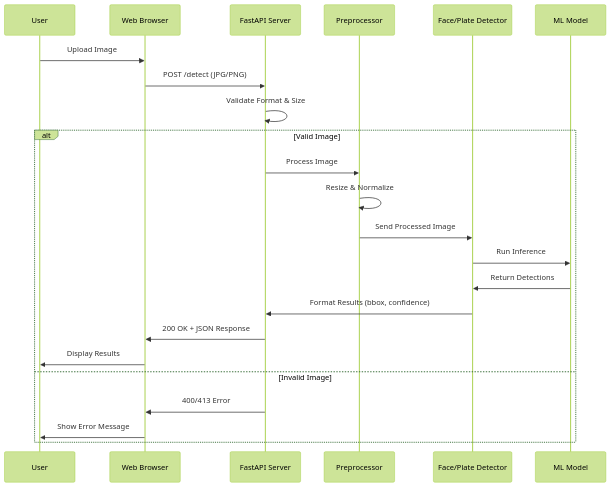
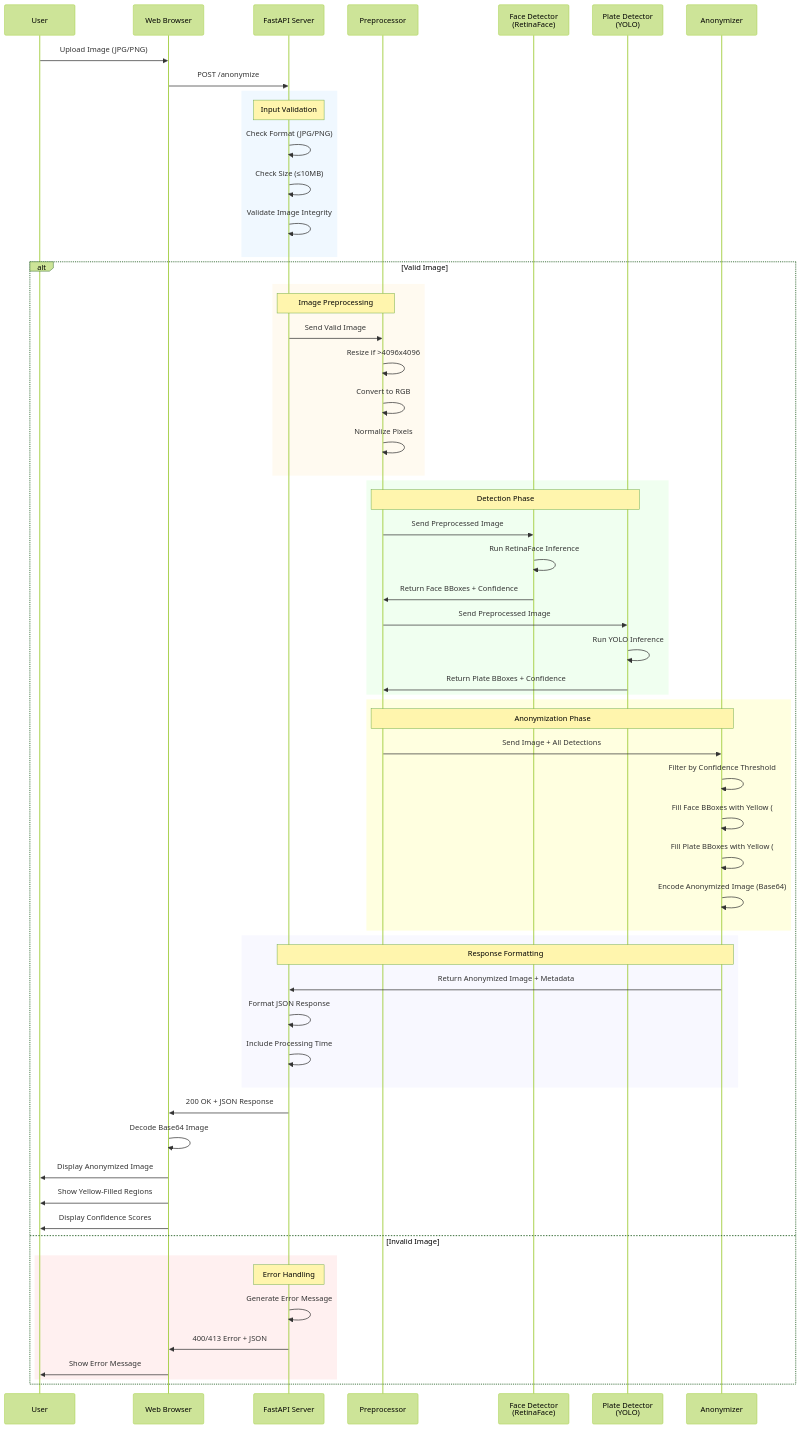
The second of 5 diagrams in docs/PROCESSES.md (FidFenix/htw-emerging-photo), drawn with Mermaid (forest theme) before and after one commit. The commit also changed other lines of this file and 4 other files, not shown here.

````diff
--- a/docs/PROCESSES.md
+++ b/docs/PROCESSES.md
@@ -55,27 +55,71 @@
 ```mermaid
 sequenceDiagram
     participant User
     participant WebBrowser as Web Browser
     participant API as FastAPI Server
     participant Preprocessor
-    participant Detector as Face/Plate Detector
-    participant Model as ML Model
+    participant FaceDetector as Face Detector<br/>(RetinaFace)
+    participant PlateDetector as Plate Detector<br/>(YOLO)
+    participant Anonymizer
     
-    User->>WebBrowser: Upload Image
-    WebBrowser->>API: POST /detect (JPG/PNG)
-    API->>API: Validate Format & Size
+    User->>WebBrowser: Upload Image (JPG/PNG)
+    WebBrowser->>API: POST /anonymize
+    
+    rect rgb(240, 248, 255)
+        Note over API: Input Validation
+        API->>API: Check Format (JPG/PNG)
+        API->>API: Check Size (≤10MB)
+        API->>API: Validate Image Integrity
+    end
     
     alt Valid Image
-        API->>Preprocessor: Process Image
-        Preprocessor->>Preprocessor: Resize & Normalize
-        Preprocessor->>Detector: Send Processed Image
-        Detector->>Model: Run Inference
-        Model->>Detector: Return Detections
-        Detector->>API: Format Results (bbox, confidence)
+        rect rgb(255, 250, 240)
+            Note over API,Preprocessor: Image Preprocessing
+            API->>Preprocessor: Send Valid Image
+            Preprocessor->>Preprocessor: Resize if >4096x4096
+            Preprocessor->>Preprocessor: Convert to RGB
+            Preprocessor->>Preprocessor: Normalize Pixels
+        end
+        
+        rect rgb(240, 255, 240)
+            Note over Preprocessor,PlateDetector: Detection Phase
+            Preprocessor->>FaceDetector: Send Preprocessed Image
+            FaceDetector->>FaceDetector: Run RetinaFace Inference
+            FaceDetector->>Preprocessor: Return Face BBoxes + Confidence
+            
+            Preprocessor->>PlateDetector: Send Preprocessed Image
+            PlateDetector->>PlateDetector: Run YOLO Inference
+            PlateDetector->>Preprocessor: Return Plate BBoxes + Confidence
+        end
+        
+        rect rgb(255, 255, 224)
+            Note over Preprocessor,Anonymizer: Anonymization Phase
+            Preprocessor->>Anonymizer: Send Image + All Detections
+            Anonymizer->>Anonymizer: Filter by Confidence Threshold
+            Anonymizer->>Anonymizer: Fill Face BBoxes with Yellow (#FFFF00)
+            Anonymizer->>Anonymizer: Fill Plate BBoxes with Yellow (#FFFF00)
+            Anonymizer->>Anonymizer: Encode Anonymized Image (Base64)
+        end
+        
+        rect rgb(248, 248, 255)
+            Note over Anonymizer,API: Response Formatting
+            Anonymizer->>API: Return Anonymized Image + Metadata
+            API->>API: Format JSON Response
+            API->>API: Include Processing Time
+        end
+        
         API->>WebBrowser: 200 OK + JSON Response
-        WebBrowser->>User: Display Results
+        WebBrowser->>WebBrowser: Decode Base64 Image
+        WebBrowser->>User: Display Anonymized Image
+        WebBrowser->>User: Show Yellow-Filled Regions
+        WebBrowser->>User: Display Confidence Scores
+        
     else Invalid Image
-        API->>WebBrowser: 400/413 Error
-        WebBrowser->>User: Show Error Message
+        rect rgb(255, 240, 240)
+            Note over API: Error Handling
+            API->>API: Generate Error Message
+            API->>WebBrowser: 400/413 Error + JSON
+            WebBrowser->>User: Show Error Message
+        end
     end
 ```
````
